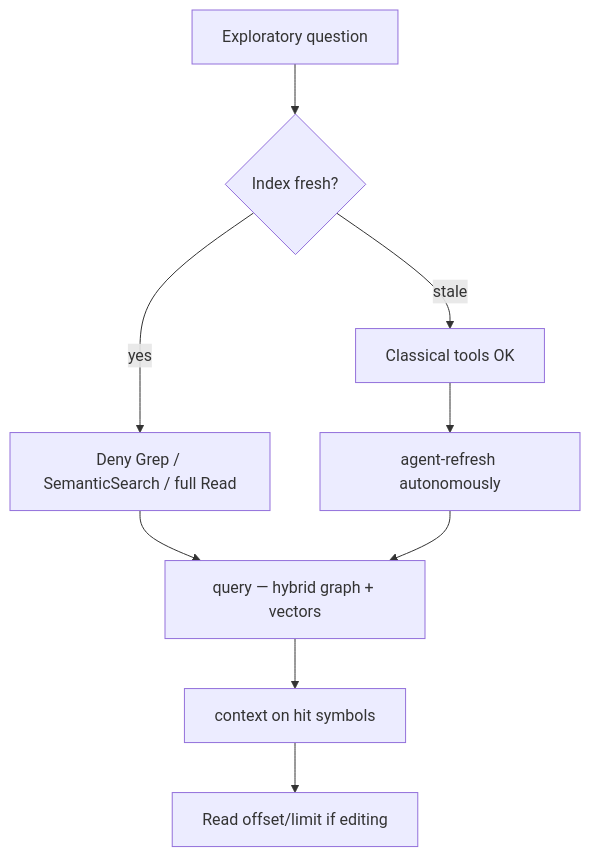
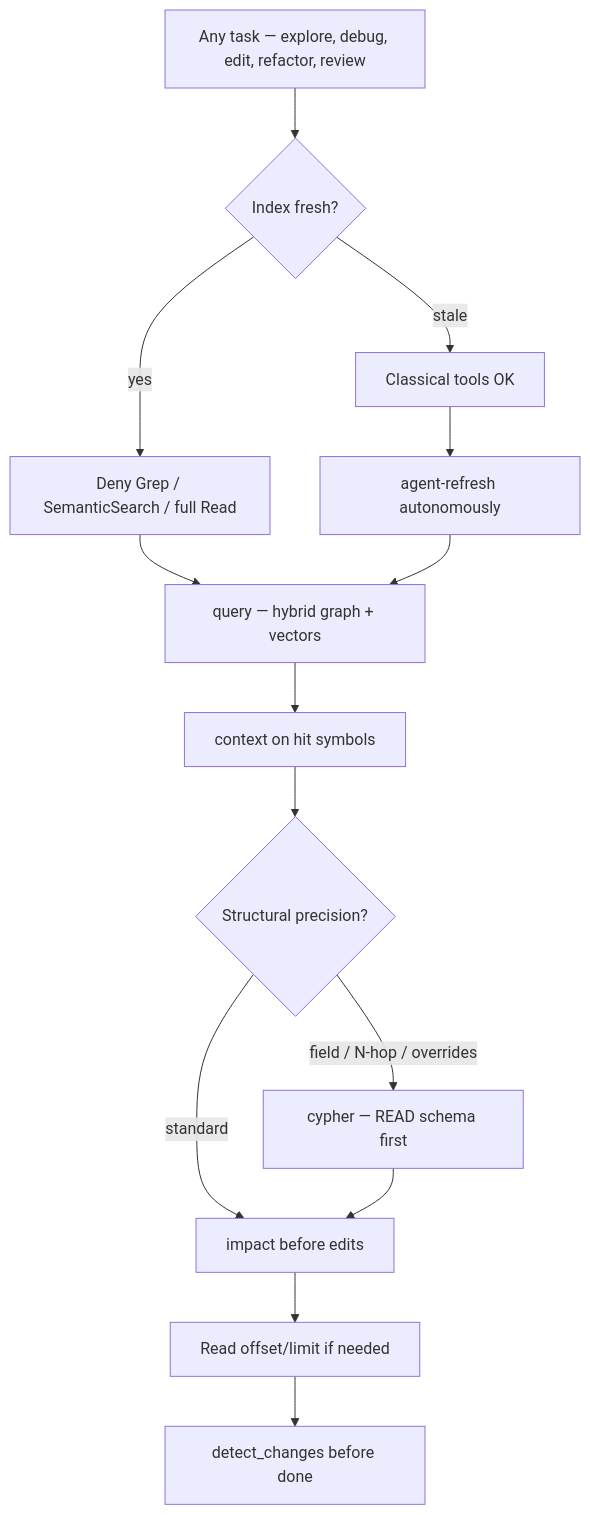
Before and after one commit to ReidenXerx/cursor-gitnexus-kit: the third of 8 diagrams in README.md, drawn with Mermaid. The commit also changed other lines of this file and 19 other files, not shown here.

````diff
--- a/README.md
+++ b/README.md
@@ -53,11 +97,16 @@
 ```mermaid
 flowchart TD
-  Q[Exploratory question] --> Fresh{Index fresh?}
+  T["Any task — explore, debug, edit, refactor, review"] --> Fresh{Index fresh?}
   Fresh -->|yes| Block[Deny Grep / SemanticSearch / full Read]
   Block --> Query["query — hybrid graph + vectors"]
   Query --> Drill[context on hit symbols]
-  Drill --> Slice[Read offset/limit if editing]
+  Drill --> Cy{Structural precision?}
+  Cy -->|field / N-hop / overrides| Cypher["cypher — READ schema first"]
+  Cy -->|standard| Impact[impact before edits]
+  Cypher --> Impact
+  Impact --> Slice[Read offset/limit if needed]
+  Slice --> DC[detect_changes before done]
   Fresh -->|stale| Classic[Classical tools OK]
   Classic --> Refresh[agent-refresh autonomously]
   Refresh --> Query
 ```
````
